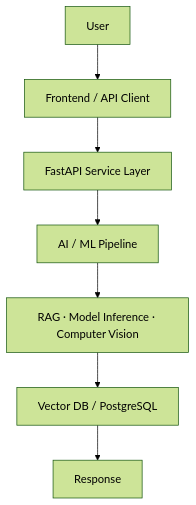
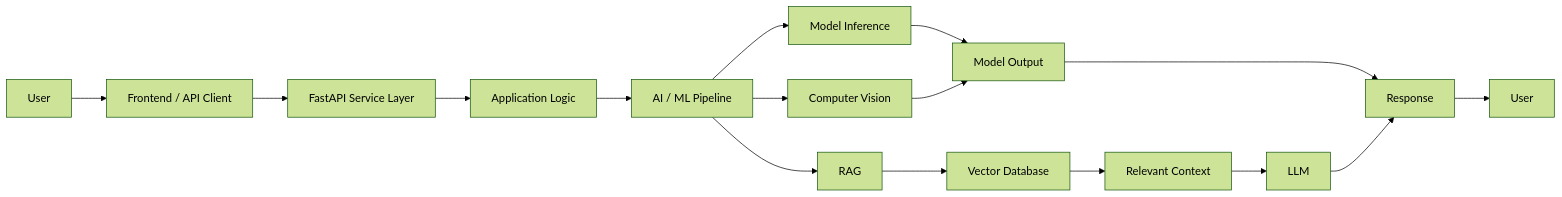
Before and after one commit to shivanand-1/shivanand-1: the diagram in README.md, drawn with Mermaid (forest theme). The commit also changed other lines of this file, not shown here.

````diff
--- a/README.md
+++ b/README.md
@@ -80,9 +150,23 @@
 ```mermaid
-flowchart TD
-    A[User] --> B[Frontend / API Client]
-    B --> C[FastAPI Service Layer]
-    C --> D[AI / ML Pipeline]
-    D --> E[RAG · Model Inference · Computer Vision]
-    E --> F[Vector DB / PostgreSQL]
-    F --> G[Response]
+flowchart LR
+    A["User"] --> B["Frontend / API Client"]
+    B --> C["FastAPI Service Layer"]
+    C --> D["Application Logic"]
+    D --> E["AI / ML Pipeline"]
+
+    E --> F["RAG"]
+    E --> G["Model Inference"]
+    E --> H["Computer Vision"]
+
+    F --> I["Vector Database"]
+    G --> J["Model Output"]
+    H --> J
+
+    I --> K["Relevant Context"]
+    K --> L["LLM"]
+
+    J --> M["Response"]
+    L --> M
+
+    M --> N["User"]
 ```
````
